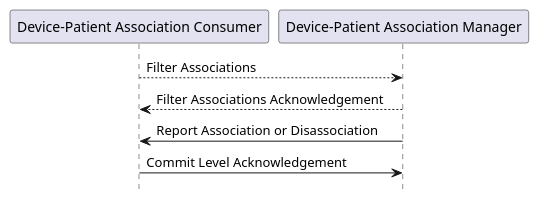
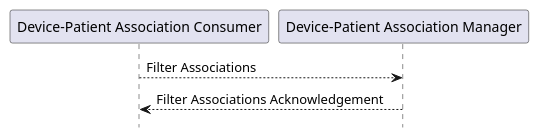
Before and after one commit to IHE/DEV.PCIM: the third of 3 diagrams in CPs/IHE_DEV_Suppl_PCIM_Foundational CP applied.adoc, drawn with PlantUML. The commit also changed other lines of this file and 9 other files, not shown here.

```diff
--- a/CPs/IHE_DEV_Suppl_PCIM_Foundational CP applied.adoc
+++ b/CPs/IHE_DEV_Suppl_PCIM_Foundational CP applied.adoc
@@ -711,12 +711,10 @@
 [plantuml, asciidoc-plant-uml-manager-consumer-filter-interaction-diagram, svg]
 ....
 @startuml
 hide footbox
 participant "Device-Patient Association Consumer" as consumer  
 participant "Device-Patient Association Manager"  as manager
 consumer --> manager : Filter Associations
 manager --> consumer : Filter Associations Acknowledgement
-manager -> consumer : Report Association or Disassociation
-consumer -> manager : Commit Level Acknowledgement
 @enduml
 ....
```
